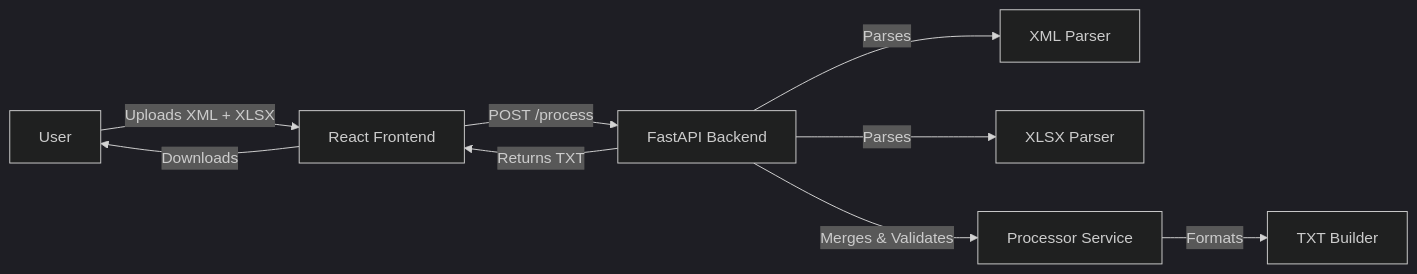
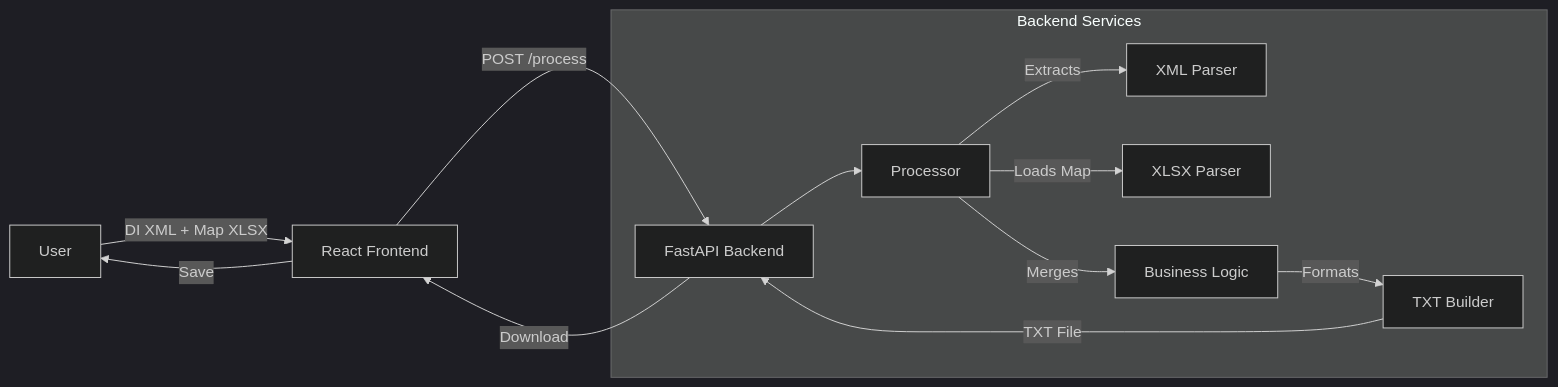
The diagram in ARCHITECTURE.md (lucas-rolo-de-souza/Emissor_nfse_from_di), drawn with Mermaid (dark theme) before and after one commit. The commit also changed other lines of this file and 48 other files, not shown here.

````diff
--- a/ARCHITECTURE.md
+++ b/ARCHITECTURE.md
@@ -12,11 +12,17 @@
 ```mermaid
 graph LR
-    User[User] -->|Uploads XML + XLSX| Frontend[React Frontend]
-    Frontend -->|POST /process| Backend[FastAPI Backend]
-    Backend -->|Parses| XML[XML Parser]
-    Backend -->|Parses| XLSX[XLSX Parser]
-    Backend -->|Merges & Validates| Processor[Processor Service]
-    Processor -->|Formats| TXT[TXT Builder]
-    Backend -->|Returns TXT| Frontend
-    Frontend -->|Downloads| User
+    User -->|DI XML + Map XLSX| UI[React Frontend]
+    UI -->|POST /process| API[FastAPI Backend]
+
+    subgraph Backend Services
+        API --> Processor
+        Processor -->|Extracts| XMLParser[XML Parser]
+        Processor -->|Loads Map| XLSXParser[XLSX Parser]
+        Processor -->|Merges| Logic[Business Logic]
+        Logic -->|Formats| TXTBuilder[TXT Builder]
+    end
+
+    TXTBuilder -->|TXT File| API
+    API -->|Download| UI
+    UI -->|Save| User
 ```
````
